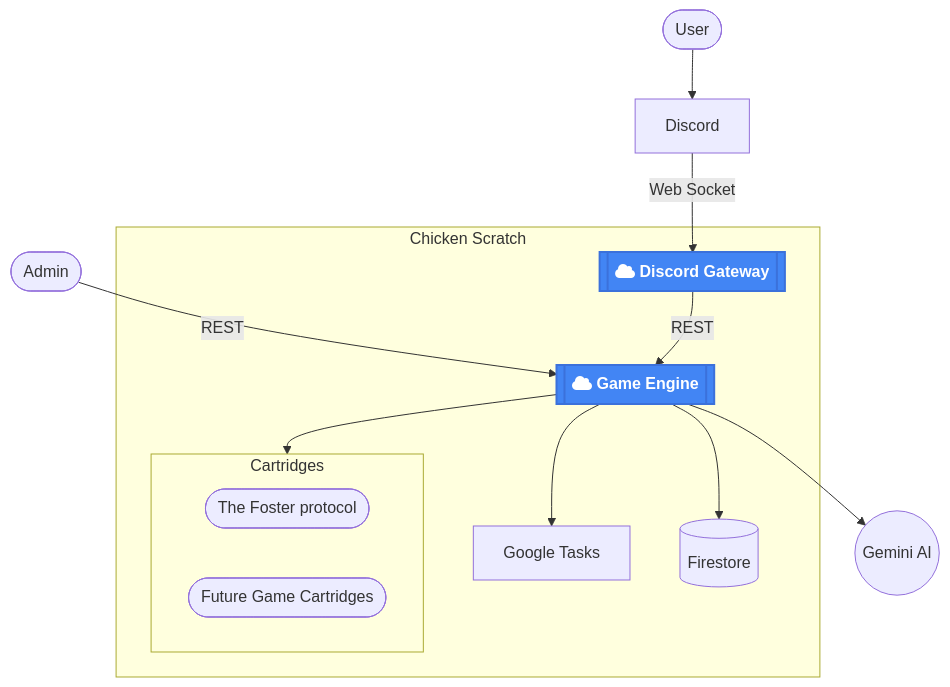
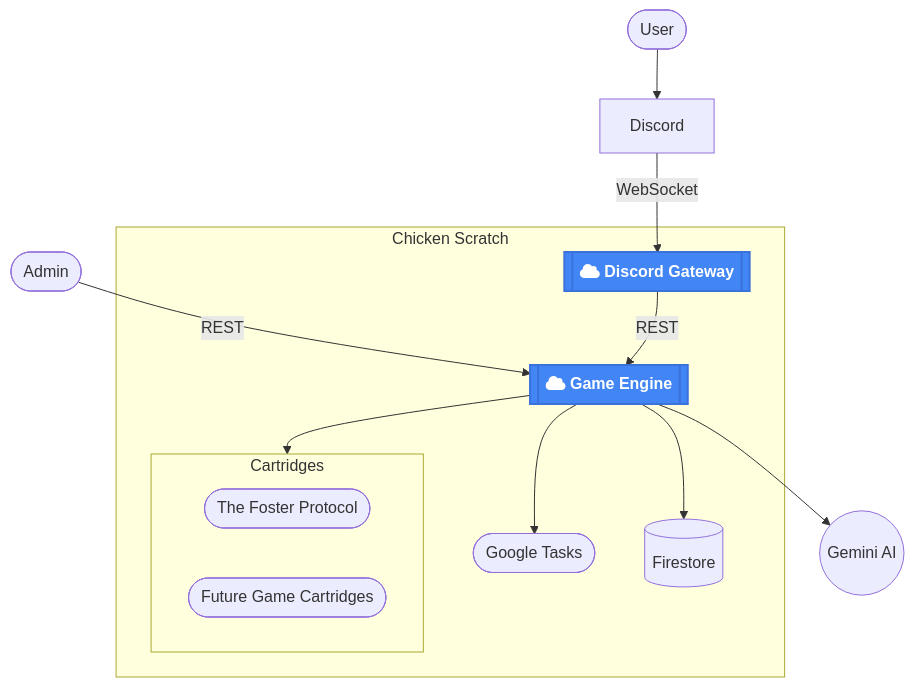
One commit to zudduz/cscratch changed the diagram in readme.md. Above: the diagram before and after it, drawn with Mermaid. The commit also changed other lines of this file, not shown here.

````diff
--- a/readme.md
+++ b/readme.md
@@ -4,29 +4,29 @@
 ```mermaid
 graph TD
     %% Styling for Cloud Run nodes
     classDef cloudrun fill:#4285F4,stroke:#3b71db,stroke-width:2px,color:#fff,font-weight:bold
 
     User([User]) --> Discord
-    Discord --> |Web Socket|DG
+    Discord --> |WebSocket|DG
 
     Admin([Admin]) --> |REST|Engine   
     
     subgraph Chicken_scratch [Chicken Scratch]
         Engine[[fa:fa-cloud Game Engine]]
         DG[[fa:fa-cloud Discord Gateway]] --> |REST|Engine
-        Engine --> TaskQ[Google Tasks]
+        Engine --> TaskQ([Google Tasks])
         Engine --> DB[(Firestore)]
 
         Engine --> Cartridges
 
         subgraph Cartridges
-            TFP([The Foster protocol])
-            O1([Future Game Cartridges])
+            TFP([The Foster Protocol])
+            FGC([Future Game Cartridges])
         end
     end
 
     Engine --> Gemini((Gemini AI))
 
     %% Apply Cloud Run styling
     class Engine,DG cloudrun
 ```
````
